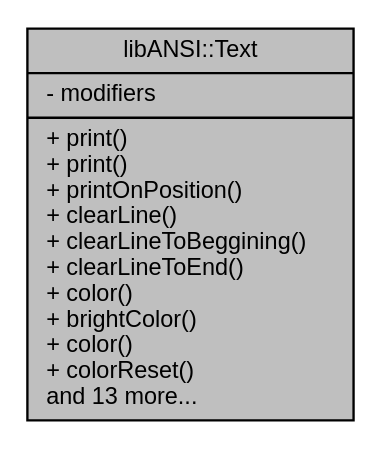
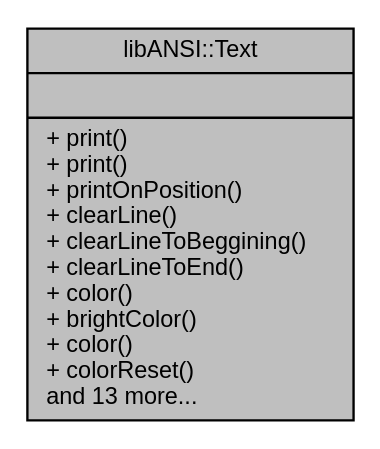
One commit to smejkalpetr/lib-ansi changed the diagram in doc/classlibANSI_1_1Text__coll__graph.dot. Above: the diagram before and after it, drawn with Graphviz. The commit also changed 82 other files, not shown here.

```diff
--- a/doc/classlibANSI_1_1Text__coll__graph.dot
+++ b/doc/classlibANSI_1_1Text__coll__graph.dot
@@ -1,7 +1,7 @@
 digraph "libANSI::Text"
 {
  // LATEX_PDF_SIZE
   edge [fontname="Helvetica",fontsize="10",labelfontname="Helvetica",labelfontsize="10"];
   node [fontname="Helvetica",fontsize="10",shape=record];
-  Node1 [label="{libANSI::Text\n|- modifiers\l|+ print()\l+ print()\l+ printOnPosition()\l+ clearLine()\l+ clearLineToBeggining()\l+ clearLineToEnd()\l+ color()\l+ brightColor()\l+ color()\l+ colorReset()\land 13 more...\l}",height=0.2,width=0.4,color="black", fillcolor="grey75", style="filled", fontcolor="black",tooltip=" "];
+  Node1 [label="{libANSI::Text\n||+ print()\l+ print()\l+ printOnPosition()\l+ clearLine()\l+ clearLineToBeggining()\l+ clearLineToEnd()\l+ color()\l+ brightColor()\l+ color()\l+ colorReset()\land 13 more...\l}",height=0.2,width=0.4,color="black", fillcolor="grey75", style="filled", fontcolor="black",tooltip=" "];
 }
```
